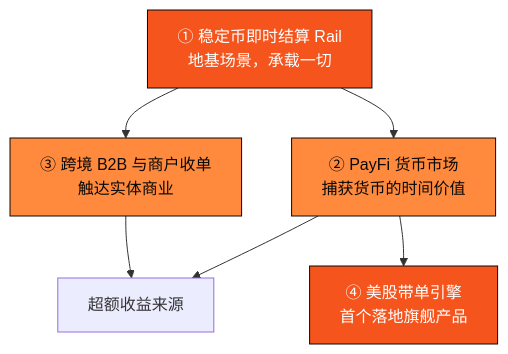
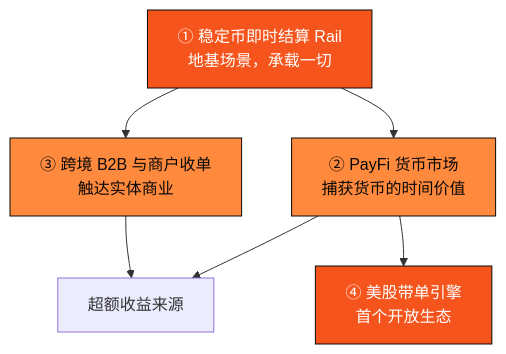
The diagram in part4-payfi/README.md (AIVIVEHQ/axon-whitepaper), drawn with Mermaid before and after one commit. The commit also changed other lines of this file and 21 other files, not shown here.

````diff
--- a/part4-payfi/README.md
+++ b/part4-payfi/README.md
@@ -14,12 +14,12 @@
 ```mermaid
 flowchart TB
     S["① 稳定币即时结算 Rail<br/>地基场景，承载一切"] --> M["② PayFi 货币市场<br/>捕获货币的时间价值"]
     S --> X["③ 跨境 B2B 与商户收单<br/>触达实体商业"]
     M --> V["超额收益来源"]
     X --> V
-    M --> C["④ 美股带单引擎<br/>首个落地旗舰产品"]
+    M --> C["④ 美股带单引擎<br/>首个开放生态"]
     style S fill:#f5541c,stroke:#0a0908,color:#fff
     style M fill:#ff8a3d,stroke:#0a0908,color:#0a0908
     style X fill:#ff8a3d,stroke:#0a0908,color:#0a0908
     style C fill:#f5541c,stroke:#0a0908,color:#fff
 ```
````
